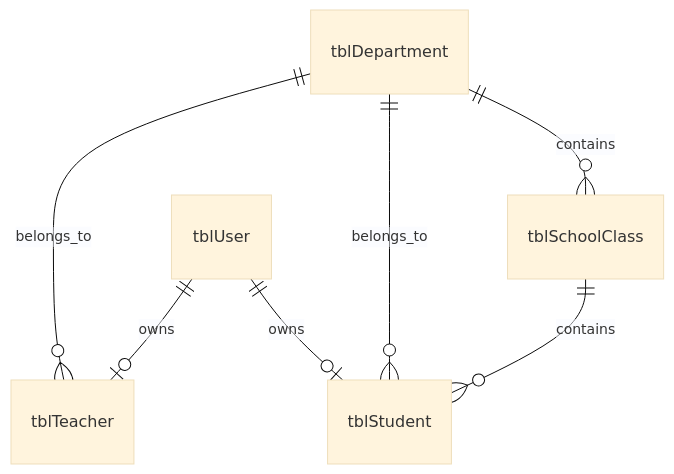
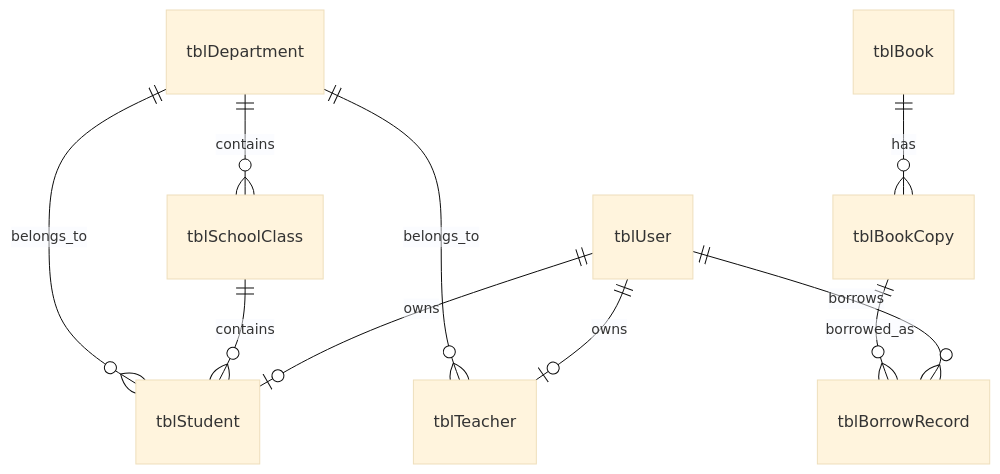
One commit to WXH-seu/SEU-CS-SummerSchool-2026 changed the diagram in docs/数据库设计说明.md. Above: the diagram before and after it, drawn with Mermaid (base theme). The commit also changed other lines of this file and 16 other files, not shown here.

````diff
--- a/docs/数据库设计说明.md
+++ b/docs/数据库设计说明.md
@@ -13,9 +13,12 @@
 ```mermaid
 erDiagram
     tblDepartment ||--o{ tblSchoolClass : contains
     tblDepartment ||--o{ tblStudent : belongs_to
     tblDepartment ||--o{ tblTeacher : belongs_to
     tblSchoolClass ||--o{ tblStudent : contains
     tblUser ||--o| tblStudent : owns
     tblUser ||--o| tblTeacher : owns
+    tblBook ||--o{ tblBookCopy : has
+    tblBookCopy ||--o{ tblBorrowRecord : borrowed_as
+    tblUser ||--o{ tblBorrowRecord : borrows
 ```
````
